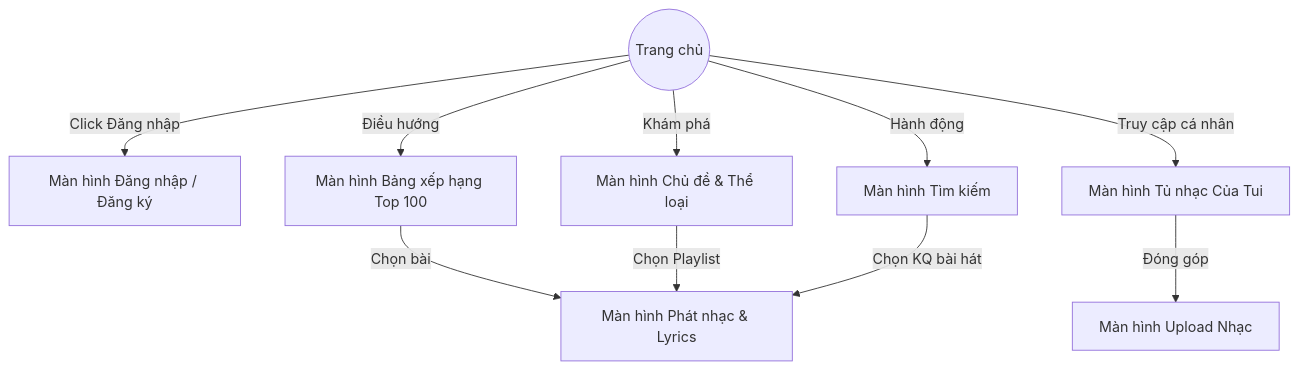
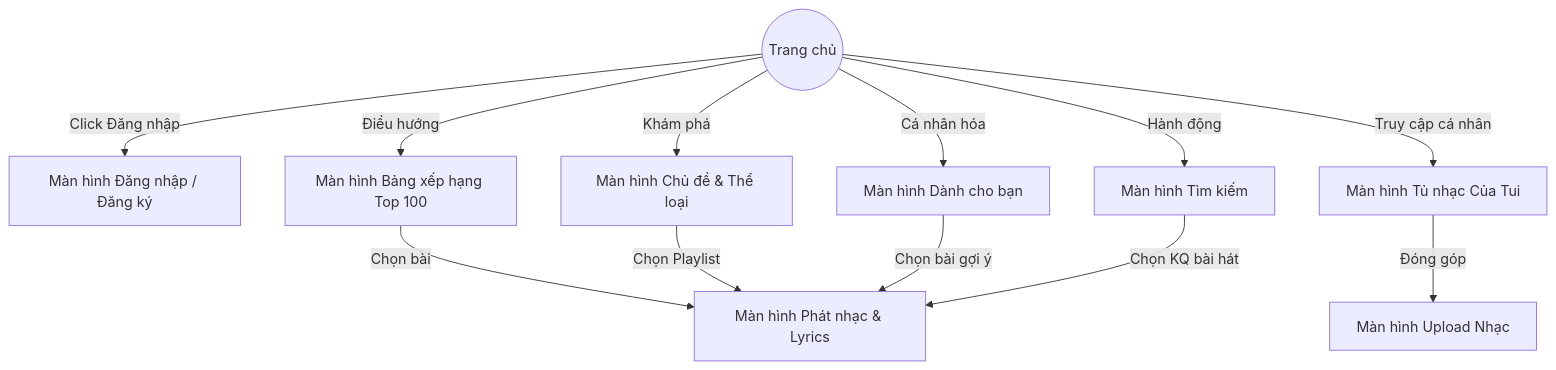
Before and after one commit to NguyenThaiVinh0494/DACNPM_OnlineMusicStreamingWebsite: the fourth of 5 diagrams in Tài Liệu/SRS.md, drawn with Mermaid. The commit also changed other lines of this file and 1 other file, not shown here.

````diff
--- a/Tài Liệu/SRS.md
+++ b/Tài Liệu/SRS.md
@@ -616,21 +626,24 @@
 ```mermaid
 graph TD
     Start((Trang chủ))
     Login[Màn hình Đăng nhập / Đăng ký]
     Search[Màn hình Tìm kiếm]
     Rank[Màn hình Bảng xếp hạng Top 100]
     Topic[Màn hình Chủ đề & Thể loại]
+    ForYou[Màn hình Dành cho bạn]
     Player[Màn hình Phát nhạc & Lyrics]
     Library[Màn hình Tủ nhạc Của Tui]
     Upload[Màn hình Upload Nhạc]
 
     Start --> |Điều hướng| Rank
     Start --> |Khám phá| Topic
+    Start --> |Cá nhân hóa| ForYou
     Start --> |Hành động| Search
     Start --> |Click Đăng nhập| Login
     Rank --> |Chọn bài| Player
     Topic --> |Chọn Playlist| Player
+    ForYou --> |Chọn bài gợi ý| Player
     Search --> |Chọn KQ bài hát| Player
     Start --> |Truy cập cá nhân| Library
     Library --> |Đóng góp| Upload
 ```
````
